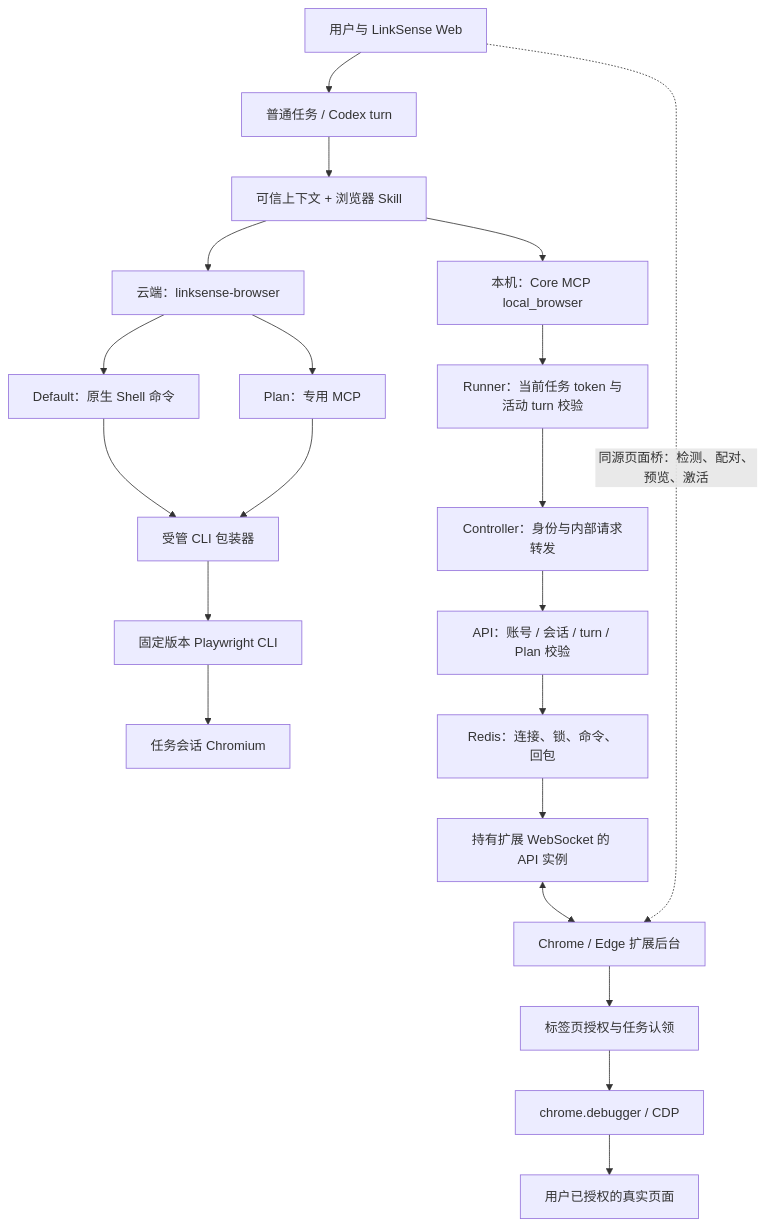
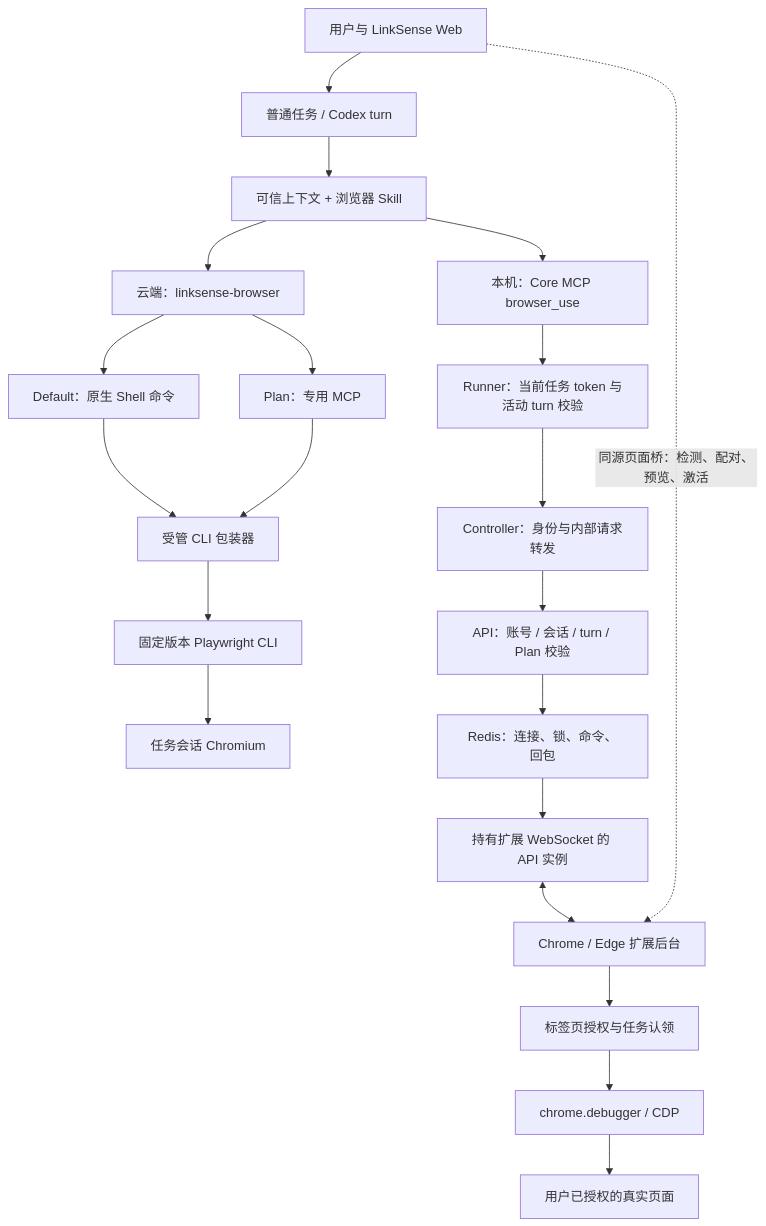
The first of 3 diagrams in docs/development/browser-use-implementation.md (LingX-AI/LinkSense), drawn with Mermaid before and after one commit. The commit also changed other lines of this file and 1 other file, not shown here.

Commit message:
docs: document browser use rename compatibility

````diff
--- a/docs/development/browser-use-implementation.md
+++ b/docs/development/browser-use-implementation.md
@@ -46,26 +46,26 @@
 ```mermaid
 flowchart TB
     U["用户与 LinkSense Web"] --> T["普通任务 / Codex turn"]
     T --> S["可信上下文 + 浏览器 Skill"]
 
     S --> C["云端：linksense-browser"]
     C --> D["Default：原生 Shell 命令"]
     C --> P["Plan：专用 MCP"]
     D --> B["受管 CLI 包装器"]
     P --> B
     B --> PW["固定版本 Playwright CLI"]
     PW --> CH["任务会话 Chromium"]
 
-    S --> L["本机：Core MCP local_browser"]
+    S --> L["本机：Core MCP browser_use"]
     L --> W["Runner：当前任务 token 与活动 turn 校验"]
     W --> CT["Controller：身份与内部请求转发"]
     CT --> A["API：账号 / 会话 / turn / Plan 校验"]
     A --> R["Redis：连接、锁、命令、回包"]
     R --> WS["持有扩展 WebSocket 的 API 实例"]
     WS <--> E["Chrome / Edge 扩展后台"]
     E --> G["标签页授权与任务认领"]
     G --> CDP["chrome.debugger / CDP"]
     CDP --> TAB["用户已授权的真实页面"]
 
     U -. "同源页面桥：检测、配对、预览、激活" .-> E
 ```
````
